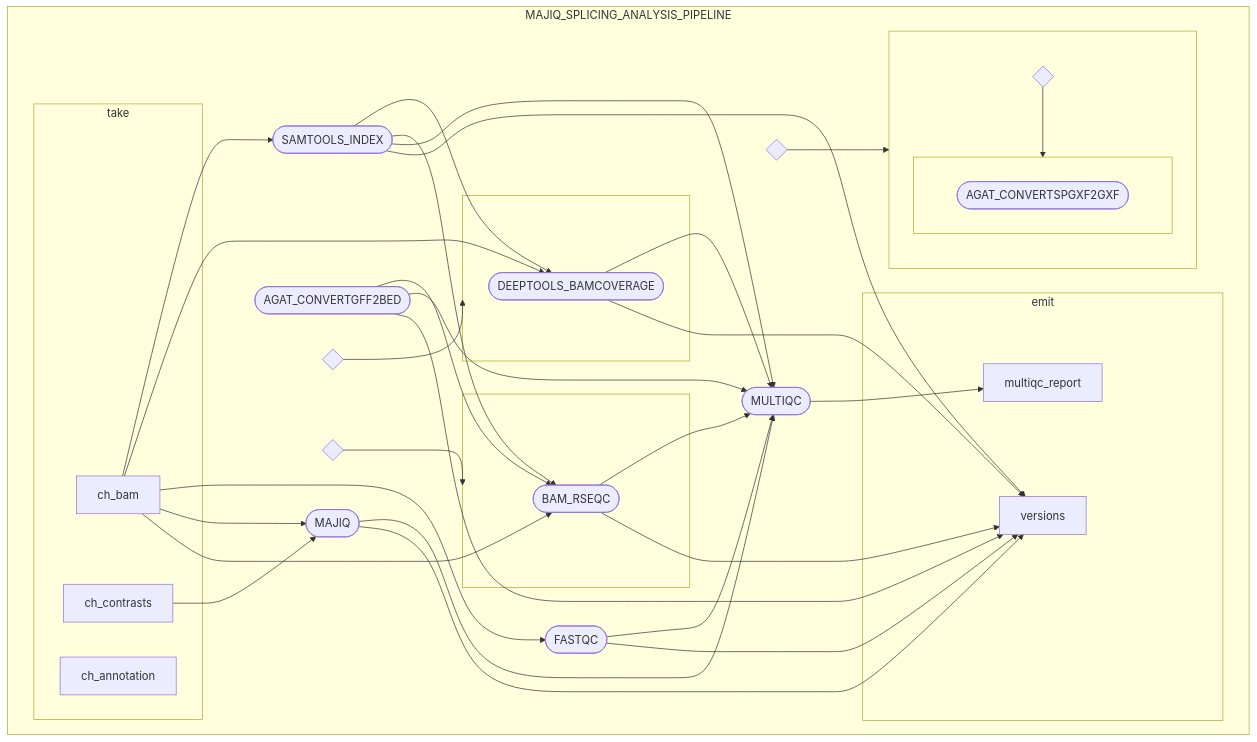
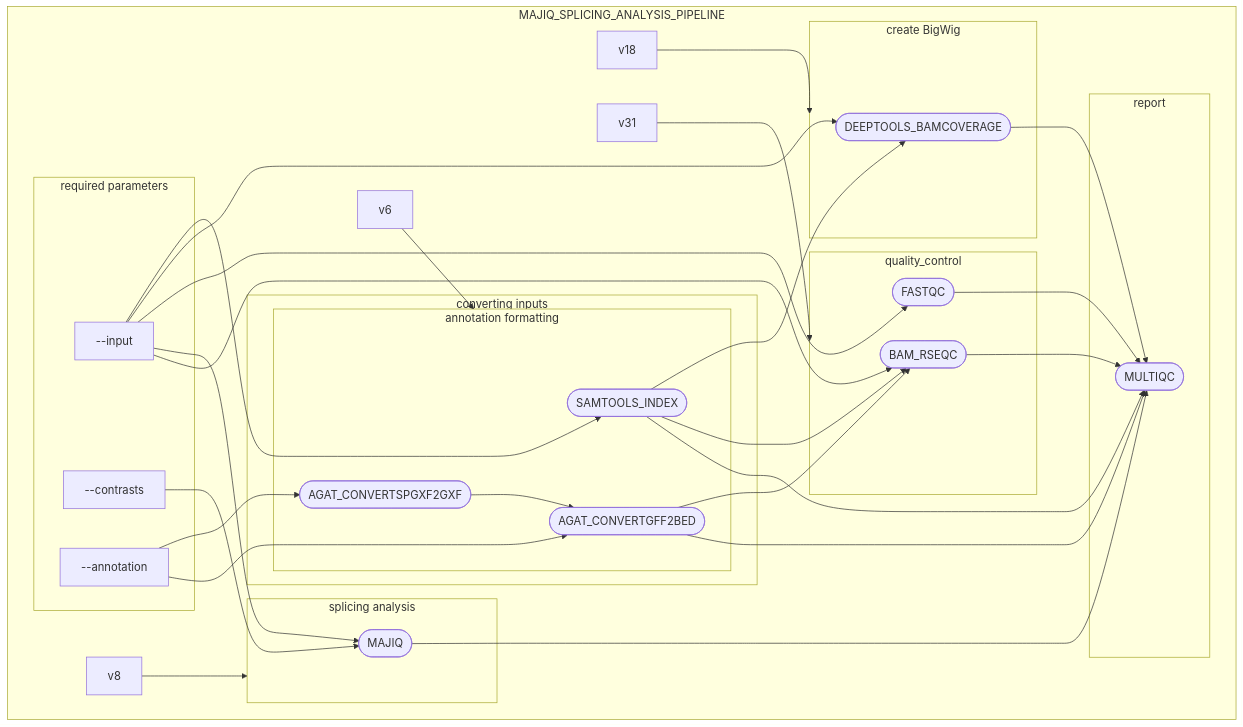
One commit to ZarnackGroup/majiq_splicing_analysis_pipeline changed the diagram in README.md. Above: the diagram before and after it, drawn with Mermaid.

Commit message:
update mermaid

````diff
--- a/README.md
+++ b/README.md
@@ -14,61 +14,56 @@
 ```mermaid
 flowchart TB
   subgraph MAJIQ_SPLICING_ANALYSIS_PIPELINE
-    subgraph take
-      v0["ch_bam"]
-      v2["ch_annotation"]
-      v1["ch_contrasts"]
+    subgraph required parameters
+      v0["--input"]
+      v2["--annotation"]
+      v1["--contrasts"]
     end
-    v6{ }
-    v12([AGAT_CONVERTGFF2BED])
-    v15([SAMTOOLS_INDEX])
-    v18{ }
-    v22([FASTQC])
-    v25([MAJIQ])
-    v31{ }
-    v63([MULTIQC])
-    subgraph s2[" "]
-      v8{ }
-      subgraph s3[" "]
-        v9([AGAT_CONVERTSPGXF2GXF])
-      end
+
+    subgraph s20["converting inputs"]
+          subgraph s2["annotation formatting"]
+               v15([SAMTOOLS_INDEX])
+          end
+          subgraph s2["annotation formatting"]
+               v9([AGAT_CONVERTSPGXF2GXF])
+               v12([AGAT_CONVERTGFF2BED])
+          end
+     end
+    subgraph s3["splicing analysis"]
+      v25([MAJIQ])
     end
-    subgraph s4[" "]
+    subgraph s4["create BigWig"]
       v19([DEEPTOOLS_BAMCOVERAGE])
     end
-    subgraph s7[" "]
+    subgraph s7["quality_control"]
       v32([BAM_RSEQC])
+      v22([FASTQC])
     end
-    subgraph emit
-      v64["multiqc_report"]
-      v65["versions"]
+    subgraph report
+      v63([MULTIQC])
     end
     v0 --> v15
     v0 --> v19
     v15 --> v19
     v0 --> v22
     v0 --> v25
     v1 --> v25
     v0 --> v32
+    v2 --> v9
+    v2 --> v12
+    v9 --> v12
     v12 --> v32
     v15 --> v32
     v32 --> v63
     v19 --> v63
     v22 --> v63
     v25 --> v63
     v12 --> v63
     v15 --> v63
-    v63 --> v64
-    v32 --> v65
-    v19 --> v65
-    v22 --> v65
-    v25 --> v65
-    v12 --> v65
-    v15 --> v65
     v6 --> s2
     v8 --> s3
     v18 --> s4
     v31 --> s7
   end
 
 ```
````
